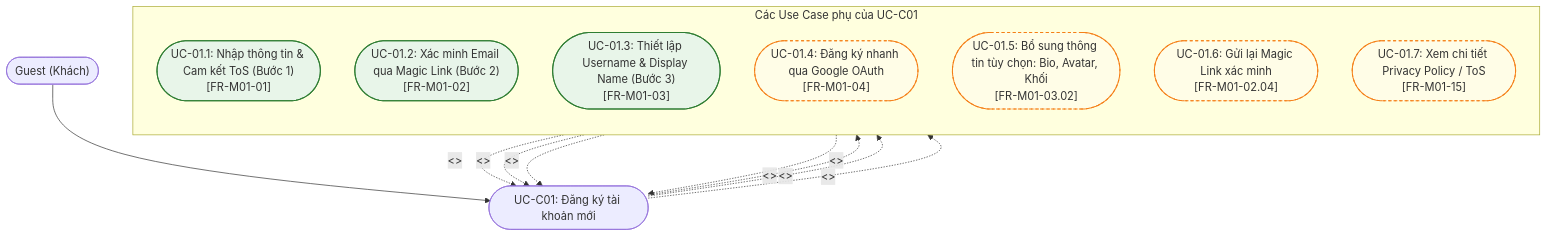
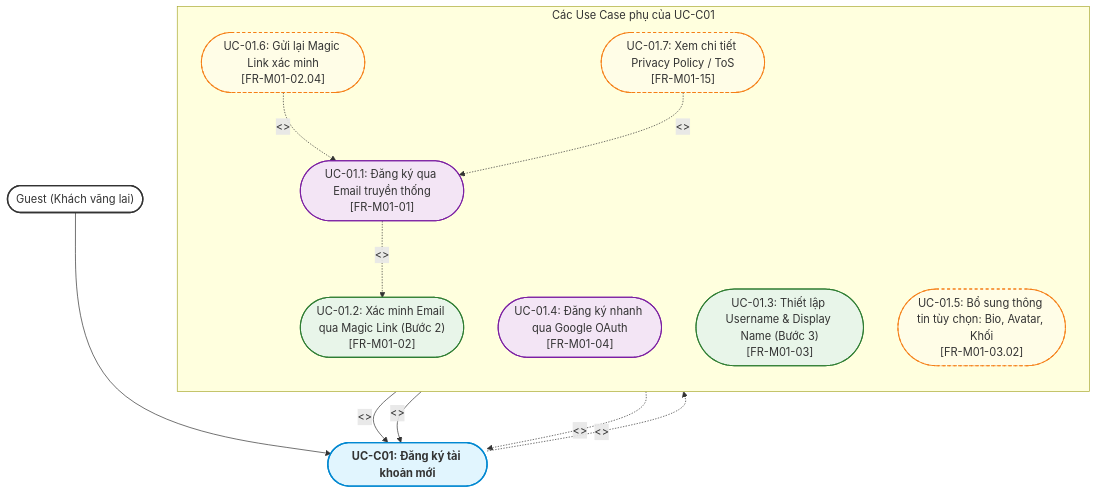
The second of 7 diagrams in docs/specs/us/US-M01.md (dat2k42004/iShare), drawn with Mermaid before and after one commit. The commit also changed other lines of this file, not shown here.

````diff
--- a/docs/specs/us/US-M01.md
+++ b/docs/specs/us/US-M01.md
@@ -161,34 +184,49 @@
 ```mermaid
 flowchart TB
-    Guest(["Guest (Khách)"]) --> UC_C01(["UC-C01: Đăng ký tài khoản mới"])
+    Guest(["Guest (Khách vãng lai)"]) --> UC_C01(["UC-C01: Đăng ký tài khoản mới"])
 
     subgraph Sub_UCC01 ["Các Use Case phụ của UC-C01"]
         direction TB
-        %% Bắt buộc (Include)
-        INC_STEP1(["UC-01.1: Nhập thông tin & Cam kết ToS (Bước 1)<br/>[FR-M01-01]"])
-        INC_STEP2(["UC-01.2: Xác minh Email qua Magic Link (Bước 2)<br/>[FR-M01-02]"])
+        %% Kế thừa / Cha - Con (Generalization)
+        GEN_EMAIL_REG(["UC-01.1: Đăng ký qua Email truyền thống<br/>[FR-M01-01]"])
+        GEN_GOOGLE_REG(["UC-01.4: Đăng ký nhanh qua Google OAuth<br/>[FR-M01-04]"])
+
+        %% Bắt buộc chung cho cả 2 luồng (Include vào UC Cha)
         INC_STEP3(["UC-01.3: Thiết lập Username & Display Name (Bước 3)<br/>[FR-M01-03]"])
 
+        %% Bắt buộc riêng cho luồng Email (Include vào GEN_EMAIL_REG)
+        INC_STEP2(["UC-01.2: Xác minh Email qua Magic Link (Bước 2)<br/>[FR-M01-02]"])
+
         %% Tùy chọn / Mở rộng (Extend)
-        EXT_GOOGLE(["UC-01.4: Đăng ký nhanh qua Google OAuth<br/>[FR-M01-04]"])
         EXT_PROFILE(["UC-01.5: Bổ sung thông tin tùy chọn: Bio, Avatar, Khối<br/>[FR-M01-03.02]"])
         EXT_RESEND(["UC-01.6: Gửi lại Magic Link xác minh<br/>[FR-M01-02.04]"])
         EXT_TOS(["UC-01.7: Xem chi tiết Privacy Policy / ToS<br/>[FR-M01-15]"])
     end
 
-    %% Quan hệ Include
-    UC_C01 -.->|"<<include>>"| INC_STEP1
-    UC_C01 -.->|"<<include>>"| INC_STEP2
+    %% Quan hệ Generalization
+    GEN_EMAIL_REG -->|"<<generalization>>"| UC_C01
+    GEN_GOOGLE_REG -->|"<<generalization>>"| UC_C01
+
+    %% Quan hệ Include chung (UC Cha)
     UC_C01 -.->|"<<include>>"| INC_STEP3
 
+    %% Quan hệ Include riêng của Luồng Email
+    GEN_EMAIL_REG -.->|"<<include>>"| INC_STEP2
+
     %% Quan hệ Extend
-    EXT_GOOGLE -.->|"<<extend>>"| UC_C01
     EXT_PROFILE -.->|"<<extend>>"| UC_C01
-    EXT_RESEND -.->|"<<extend>>"| UC_C01
-    EXT_TOS -.->|"<<extend>>"| UC_C01
+    EXT_RESEND -.->|"<<extend>>"| GEN_EMAIL_REG
+    EXT_TOS -.->|"<<extend>>"| GEN_EMAIL_REG
 
+    classDef actorStyle fill:#ffffff,stroke:#333333,stroke-width:2px;
+    classDef coreUC fill:#e1f5fe,stroke:#0288d1,stroke-width:2px,font-weight:bold;
     classDef incStyle fill:#e8f5e9,stroke:#2e7d32,stroke-width:1.5px;
     classDef extStyle fill:#fffde7,stroke:#f57f17,stroke-width:1.5px,stroke-dasharray: 4 4;
-    class INC_STEP1,INC_STEP2,INC_STEP3 incStyle;
-    class EXT_GOOGLE,EXT_PROFILE,EXT_RESEND,EXT_TOS extStyle;
+    classDef genStyle fill:#f3e5f5,stroke:#7b1fa2,stroke-width:1.5px;
+
+    class Guest actorStyle;
+    class UC_C01 coreUC;
+    class GEN_EMAIL_REG,GEN_GOOGLE_REG genStyle;
+    class INC_STEP2,INC_STEP3 incStyle;
+    class EXT_PROFILE,EXT_RESEND,EXT_TOS extStyle;
 ```
````
